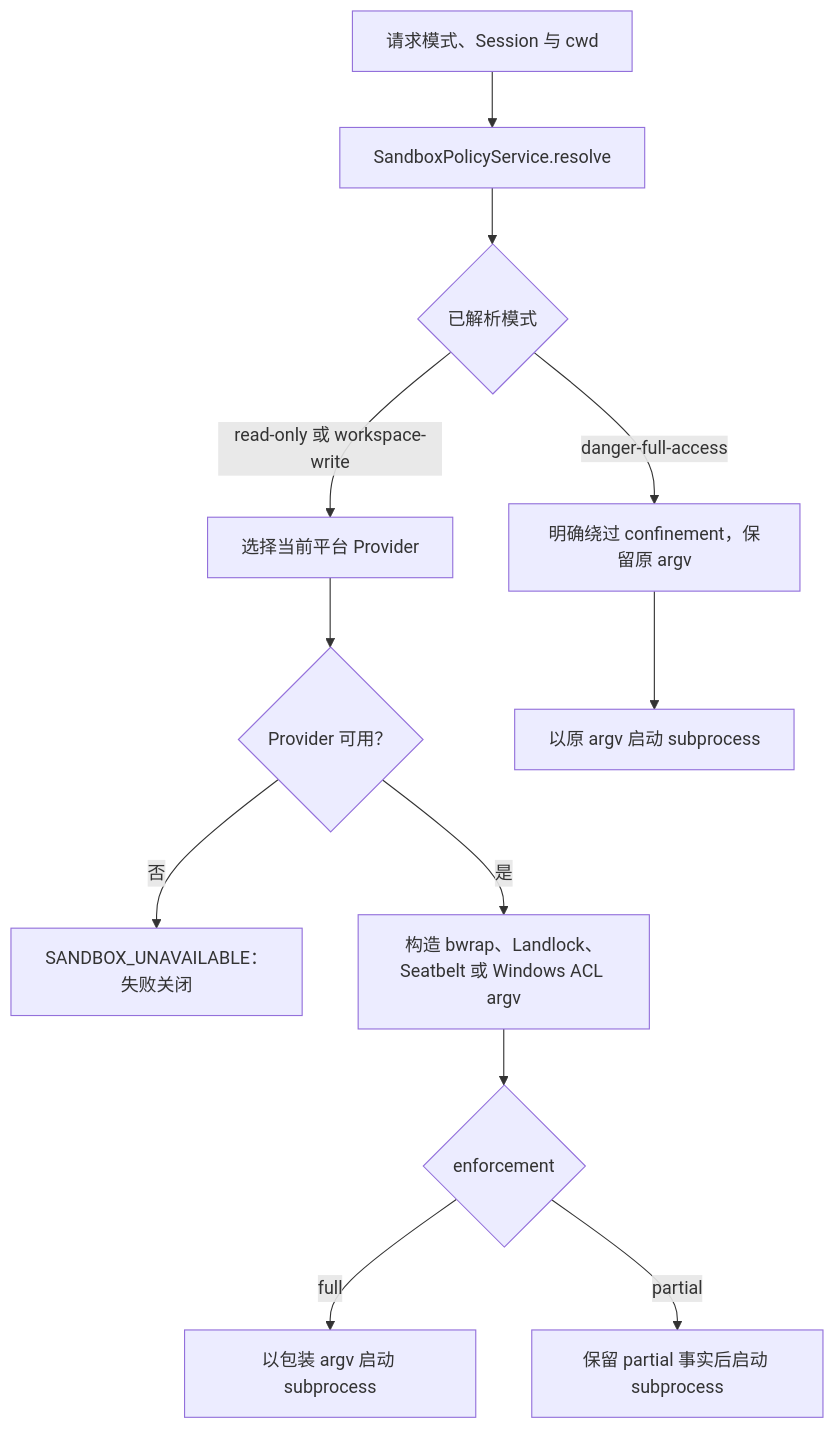
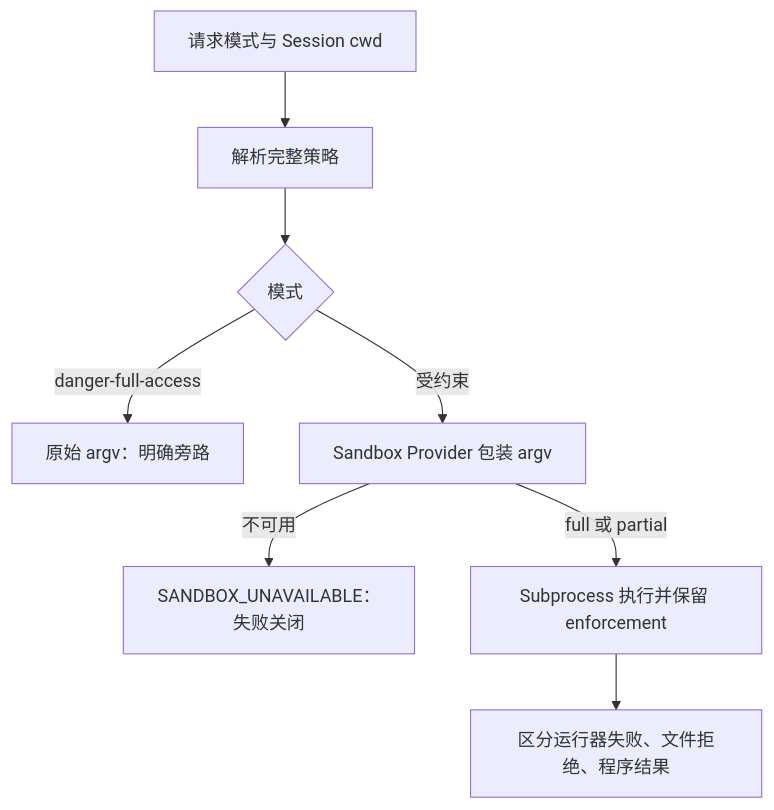
Before and after one commit to yang0228/deepseek-harness-analysis: the diagram in docs/deep-dives/sandbox-execution.md, drawn with Mermaid. The commit also changed other lines of this file and 35 other files, not shown here.

````diff
--- a/docs/deep-dives/sandbox-execution.md
+++ b/docs/deep-dives/sandbox-execution.md
@@ -53,14 +49,10 @@
 ```mermaid
 flowchart TD
-  A[请求模式、Session 与 cwd] --> B[SandboxPolicyService.resolve]
-  B --> C{已解析模式}
-  C -->|danger-full-access| D[明确绕过 confinement，保留原 argv]
-  C -->|read-only 或 workspace-write| E[选择当前平台 Provider]
-  E --> F{Provider 可用？}
-  F -->|否| G[SANDBOX_UNAVAILABLE：失败关闭]
-  F -->|是| H[构造 bwrap、Landlock、Seatbelt 或 Windows ACL argv]
-  H --> I{enforcement}
-  I -->|full| J[以包装 argv 启动 subprocess]
-  I -->|partial| K[保留 partial 事实后启动 subprocess]
-  D --> L[以原 argv 启动 subprocess]
+  Request[请求模式与 Session cwd] --> Resolve[解析完整策略]
+  Resolve --> Mode{模式}
+  Mode -->|danger-full-access| Raw[原始 argv：明确旁路]
+  Mode -->|受约束| Confine[Sandbox Provider 包装 argv]
+  Confine -->|不可用| Fail[SANDBOX_UNAVAILABLE：失败关闭]
+  Confine -->|full 或 partial| Spawn[Subprocess 执行并保留 enforcement]
+  Spawn --> Classify[区分运行器失败、文件拒绝、程序结果]
 ```
````
